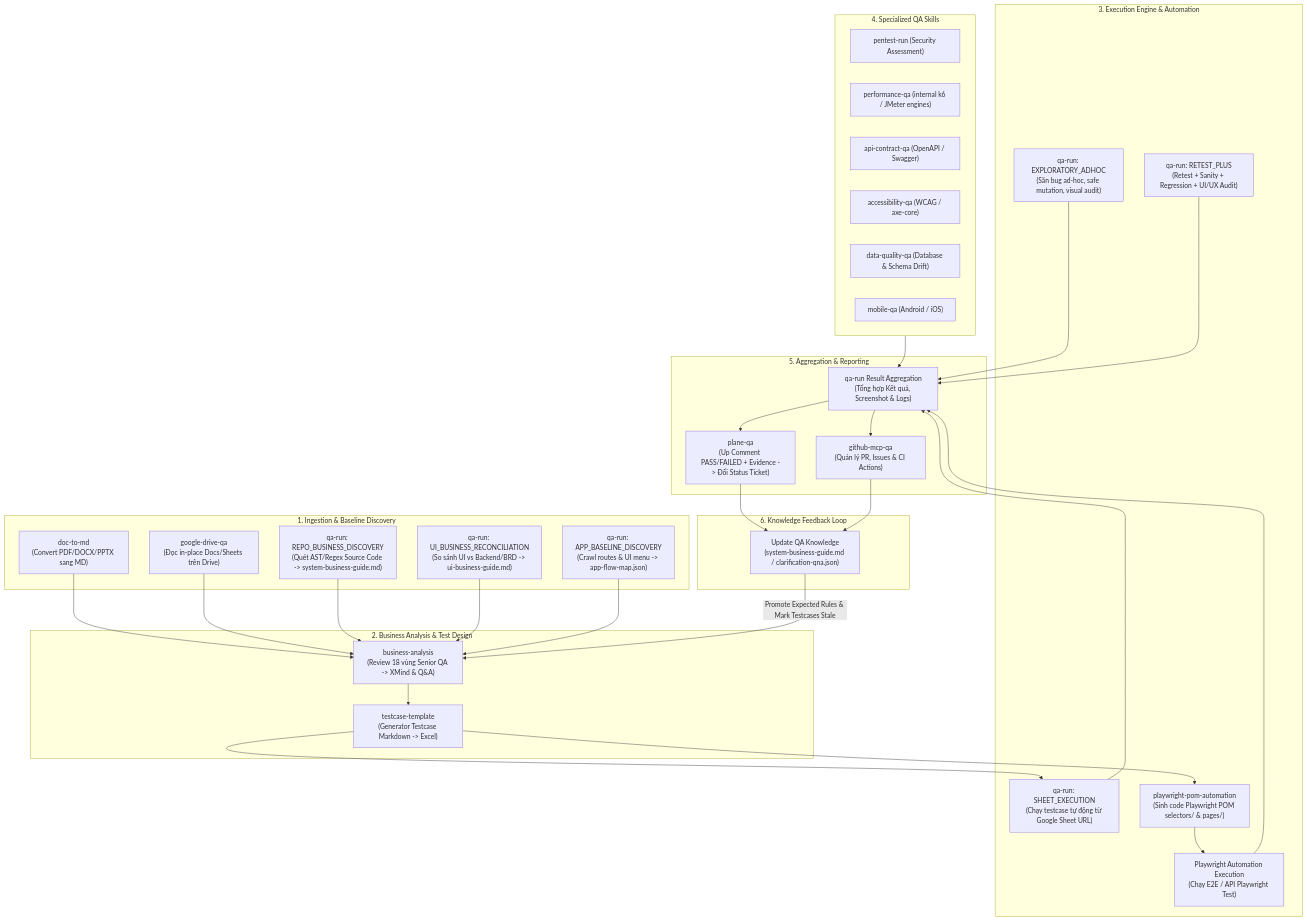
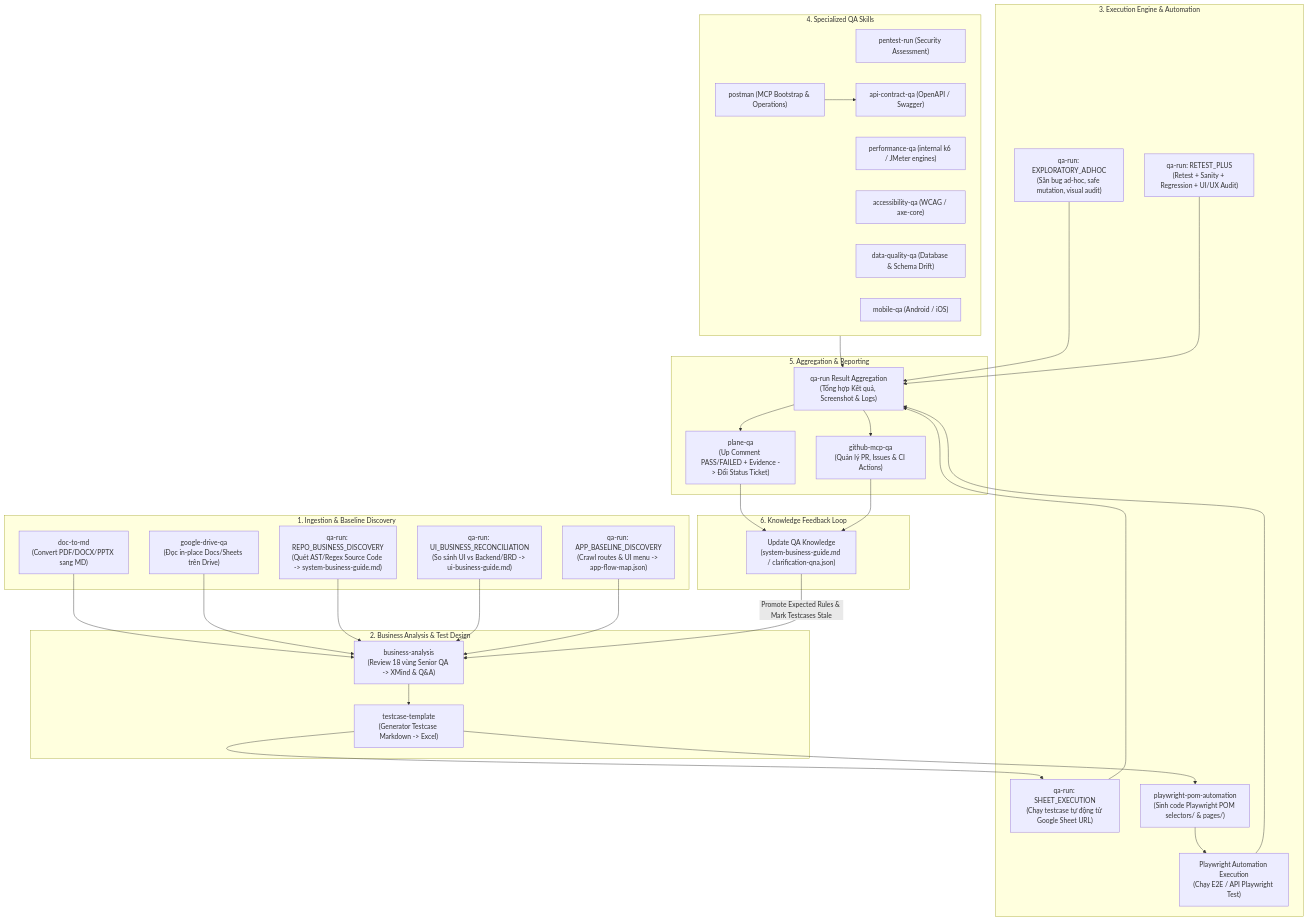
Before and after one commit to tqphong02/QA-skill: the first of 3 diagrams in SKILL_FLOW_MAPPING.md, drawn with Mermaid. The commit also changed other lines of this file and 23 other files, not shown here.

````diff
--- a/SKILL_FLOW_MAPPING.md
+++ b/SKILL_FLOW_MAPPING.md
@@ -18,63 +18,65 @@
 ```mermaid
 flowchart TD
     %% 1. Ingestion & Discovery
     subgraph S1["1. Ingestion & Baseline Discovery"]
         DOC["doc-to-md\n(Convert PDF/DOCX/PPTX sang MD)"]
         DRIVE["google-drive-qa\n(Đọc in-place Docs/Sheets trên Drive)"]
         RBD["qa-run: REPO_BUSINESS_DISCOVERY\n(Quét AST/Regex Source Code -> system-business-guide.md)"]
         UBR["qa-run: UI_BUSINESS_RECONCILIATION\n(So sánh UI vs Backend/BRD -> ui-business-guide.md)"]
         ABD["qa-run: APP_BASELINE_DISCOVERY\n(Crawl routes & UI menu -> app-flow-map.json)"]
     end
 
     %% 2. Business Analysis & Test Design
     subgraph S2["2. Business Analysis & Test Design"]
         BA["business-analysis\n(Review 18 vùng Senior QA -> XMind & Q&A)"]
         TCT["testcase-template\n(Generator Testcase Markdown -> Excel)"]
     end
 
     %% 3. Execution & Automation Engine
     subgraph S3["3. Execution Engine & Automation"]
         EX_SHEET["qa-run: SHEET_EXECUTION\n(Chạy testcase tự động từ Google Sheet URL)"]
         EX_EXPLORATORY["qa-run: EXPLORATORY_ADHOC\n(Săn bug ad-hoc, safe mutation, visual audit)"]
         EX_RETEST["qa-run: RETEST_PLUS\n(Retest + Sanity + Regression + UI/UX Audit)"]
         POM_GEN["playwright-pom-automation\n(Sinh code Playwright POM selectors/ & pages/)"]
         POM_EXEC["Playwright Automation Execution\n(Chạy E2E / API Playwright Test)"]
     end
 
     %% 4. Specialized Testing
     subgraph S4["4. Specialized QA Skills"]
         SEC["pentest-run (Security Assessment)"]
         PERF["performance-qa (internal k6 / JMeter engines)"]
+        POSTMAN["postman (MCP Bootstrap & Operations)"]
         API["api-contract-qa (OpenAPI / Swagger)"]
         ACC["accessibility-qa (WCAG / axe-core)"]
         DBQ["data-quality-qa (Database & Schema Drift)"]
         MOB["mobile-qa (Android / iOS)"]
     end
 
     %% 5. Reporting & Exporters
     subgraph S5["5. Aggregation & Reporting"]
         AGG["qa-run Result Aggregation\n(Tổng hợp Kết quả, Screenshot & Logs)"]
         PLANE["plane-qa\n(Up Comment PASS/FAILED + Evidence -> Đổi Status Ticket)"]
         GH["github-mcp-qa\n(Quản lý PR, Issues & CI Actions)"]
     end
 
     %% 6. Feedback Loop
     subgraph S6["6. Knowledge Feedback Loop"]
         FB["Update QA Knowledge\n(system-business-guide.md / clarification-qna.json)"]
     end
 
     %% Data Connections
     DOC & DRIVE & RBD & UBR & ABD --> BA
     BA --> TCT
     TCT --> EX_SHEET
     TCT --> POM_GEN
     POM_GEN --> POM_EXEC
+    POSTMAN --> API
     
     EX_SHEET & EX_EXPLORATORY & EX_RETEST & POM_EXEC & S4 --> AGG
     
     AGG --> PLANE
     AGG --> GH
     
     PLANE & GH --> FB
     FB -->|Promote Expected Rules & Mark Testcases Stale| BA
 ```
````
